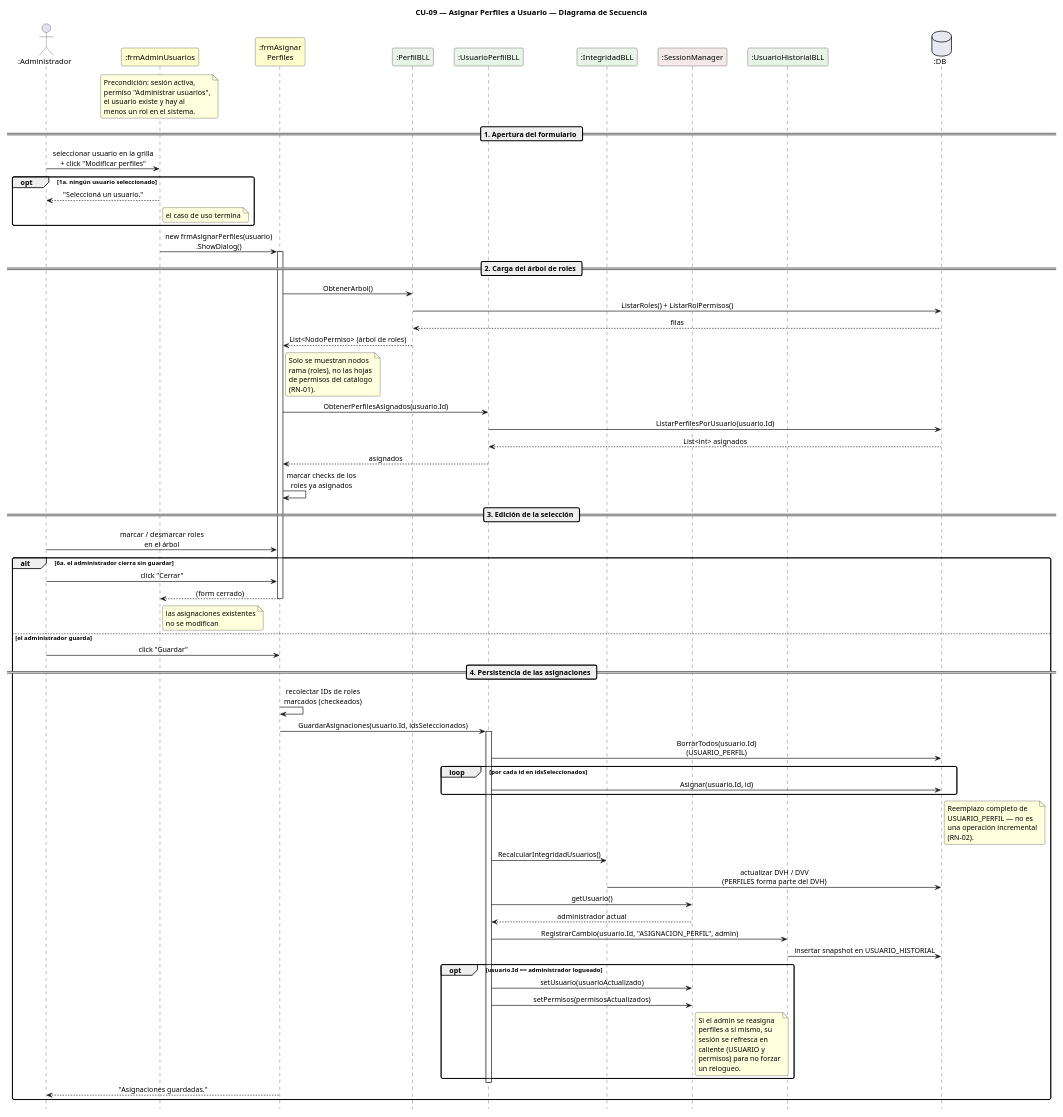
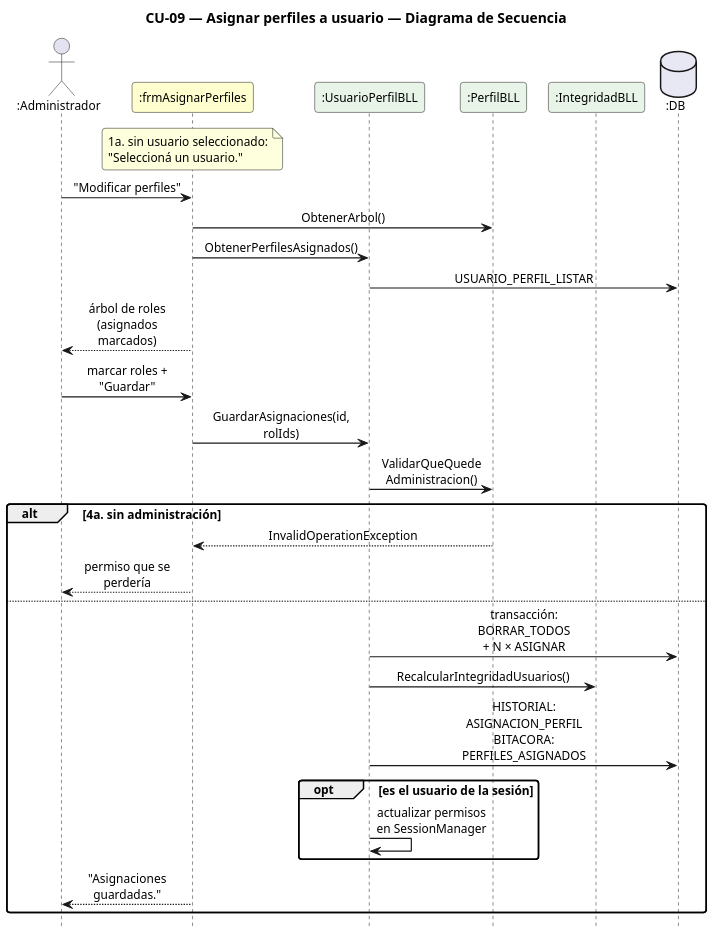
The diagram in DIAGRAMAS/DiagramaSecuencia_CU09_AsignarPerfiles.puml (Urrels/ingenieria_software), drawn with PlantUML before and after one commit. The commit also changed 82 other files, not shown here.

First line of the commit message:
Casos de uso y diagramas de secuencia actualizados (CU-01 a CU-37)

```diff
--- a/DIAGRAMAS/DiagramaSecuencia_CU09_AsignarPerfiles.puml
+++ b/DIAGRAMAS/DiagramaSecuencia_CU09_AsignarPerfiles.puml
@@ -1,132 +1,45 @@
 @startuml DiagramaSecuencia_CU09_AsignarPerfiles
 
-title CU-09 — Asignar Perfiles a Usuario — Diagrama de Secuencia
+title CU-09 — Asignar perfiles a usuario — Diagrama de Secuencia
 
 skinparam shadowing false
 skinparam roundcorner 6
 skinparam sequenceArrowThickness 1.2
-skinparam ParticipantPadding 14
+skinparam ParticipantPadding 6
+skinparam BoxPadding 4
+skinparam maxMessageSize 115
 skinparam sequenceMessageAlign center
+skinparam defaultFontSize 12
+skinparam dpi 140
 hide footbox
-scale 0.8
 
-' ─────────────────────────────────────────
-' Participantes en orden de aparición
-' ─────────────────────────────────────────
-actor       ":Administrador"       as A
-participant ":frmAdminUsuarios"    as FA #FEFECE
-participant ":frmAsignar\nPerfiles" as FP #FEFECE
-participant ":PerfilBLL"           as PB #E8F4E8
-participant ":UsuarioPerfilBLL"    as UP #E8F4E8
-participant ":IntegridadBLL"       as IB #E8F4E8
-participant ":SessionManager"      as SM #F4E8E8
-participant ":UsuarioHistorialBLL" as UH #E8F4E8
-database    ":DB"                  as DB #E8E8F4
+actor ":Administrador" as A
+participant ":frmAsignarPerfiles" as AP #FEFECE
+participant ":UsuarioPerfilBLL" as UP #E8F4E8
+participant ":PerfilBLL" as PB #E8F4E8
+participant ":IntegridadBLL" as I #E8F4E8
+database ":DB" as DB #E8E8F4
 
-note over FA
-  Precondición: sesión activa,
-  permiso "Administrar usuarios",
-  el usuario existe y hay al
-  menos un rol en el sistema.
-end note
-
-' ─────────────────────────────────────────
-' APERTURA DEL FORMULARIO
-' ─────────────────────────────────────────
-== 1. Apertura del formulario ==
-
-A -> FA : seleccionar usuario en la grilla\n+ click "Modificar perfiles"
-
-opt 1a. ningún usuario seleccionado
-  FA --> A : "Seleccioná un usuario."
-  note right of FA : el caso de uso termina
-end
-
-FA -> FP : new frmAsignarPerfiles(usuario)\n.ShowDialog()
-activate FP
-
-' ─────────────────────────────────────────
-' CARGA DEL ÁRBOL DE ROLES
-' ─────────────────────────────────────────
-== 2. Carga del árbol de roles ==
-
-FP -> PB : ObtenerArbol()
-PB -> DB : ListarRoles() + ListarRolPermisos()
-DB --> PB : filas
-PB --> FP : List<NodoPermiso> (árbol de roles)
-note right of FP
-  Solo se muestran nodos
-  rama (roles), no las hojas
-  de permisos del catálogo
-  (RN-01).
-end note
-
-FP -> UP : ObtenerPerfilesAsignados(usuario.Id)
-UP -> DB : ListarPerfilesPorUsuario(usuario.Id)
-DB --> UP : List<int> asignados
-UP --> FP : asignados
-FP -> FP : marcar checks de los\nroles ya asignados
-
-' ─────────────────────────────────────────
-' EDICIÓN DE LA SELECCIÓN
-' ─────────────────────────────────────────
-== 3. Edición de la selección ==
-
-A -> FP : marcar / desmarcar roles\nen el árbol
-
-alt 6a. el administrador cierra sin guardar
-  A -> FP : click "Cerrar"
-  FP --> FA : (form cerrado)
-  deactivate FP
-  note right of FA : las asignaciones existentes\nno se modifican
-
-else el administrador guarda
-  A -> FP : click "Guardar"
-
-  ' ─────────────────────────────────────────
-  ' PERSISTENCIA DE LAS ASIGNACIONES
-  ' ─────────────────────────────────────────
-  == 4. Persistencia de las asignaciones ==
-
-  FP -> FP : recolectar IDs de roles\nmarcados (checkeados)
-  FP -> UP : GuardarAsignaciones(usuario.Id, idsSeleccionados)
-  activate UP
-
-  UP -> DB : BorrarTodos(usuario.Id)\n(USUARIO_PERFIL)
-  loop por cada id en idsSeleccionados
-    UP -> DB : Asignar(usuario.Id, id)
+note over AP : 1a. sin usuario seleccionado:\n"Seleccioná un usuario."
+A -> AP : "Modificar perfiles"
+AP -> PB : ObtenerArbol()
+AP -> UP : ObtenerPerfilesAsignados()
+UP -> DB : USUARIO_PERFIL_LISTAR
+AP --> A : árbol de roles\n(asignados marcados)
+A -> AP : marcar roles + "Guardar"
+AP -> UP : GuardarAsignaciones(id, rolIds)
+UP -> PB : ValidarQueQuede\nAdministracion()
+alt 4a. sin administración
+  PB --> AP : InvalidOperationException
+  AP --> A : permiso que se perdería
+else
+  UP -> DB : transacción: BORRAR_TODOS\n+ N × ASIGNAR
+  UP -> I : RecalcularIntegridadUsuarios()
+  UP -> DB : HISTORIAL: ASIGNACION_PERFIL\nBITACORA: PERFILES_ASIGNADOS
+  opt es el usuario de la sesión
+    UP -> UP : actualizar permisos\nen SessionManager
   end
-  note right of DB
-    Reemplazo completo de
-    USUARIO_PERFIL — no es
-    una operación incremental
-    (RN-02).
-  end note
-
-  UP -> IB : RecalcularIntegridadUsuarios()
-  IB -> DB : actualizar DVH / DVV\n(PERFILES forma parte del DVH)
-
-  UP -> SM : getUsuario()
-  SM --> UP : administrador actual
-
-  UP -> UH : RegistrarCambio(usuario.Id, "ASIGNACION_PERFIL", admin)
-  UH -> DB : insertar snapshot en USUARIO_HISTORIAL
-
-  opt usuario.Id == administrador logueado
-    UP -> SM : setUsuario(usuarioActualizado)
-    UP -> SM : setPermisos(permisosActualizados)
-    note right of SM
-      Si el admin se reasigna
-      perfiles a sí mismo, su
-      sesión se refresca en
-      caliente (USUARIO y
-      permisos) para no forzar
-      un relogueo.
-    end note
-  end
-  deactivate UP
-
-  FP --> A : "Asignaciones guardadas."
+  AP --> A : "Asignaciones guardadas."
 end
 
 @enduml
```
